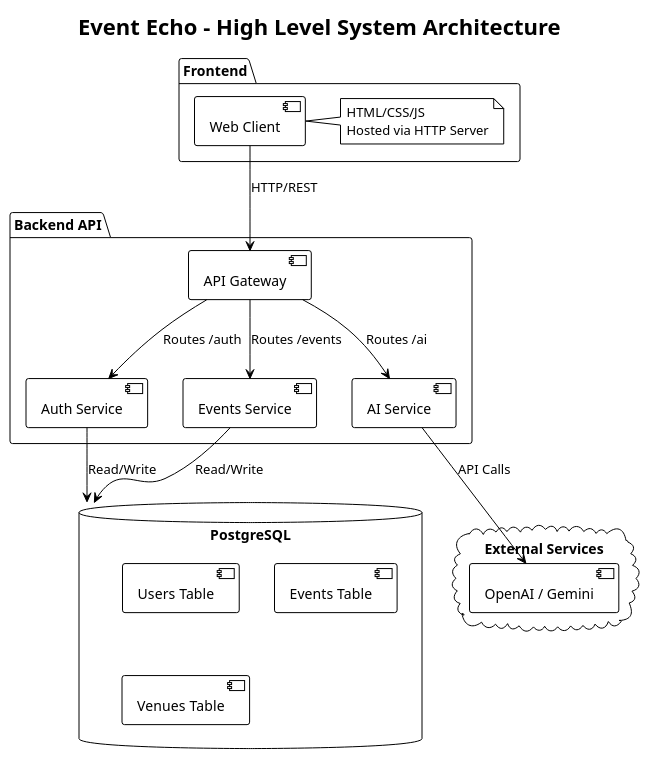
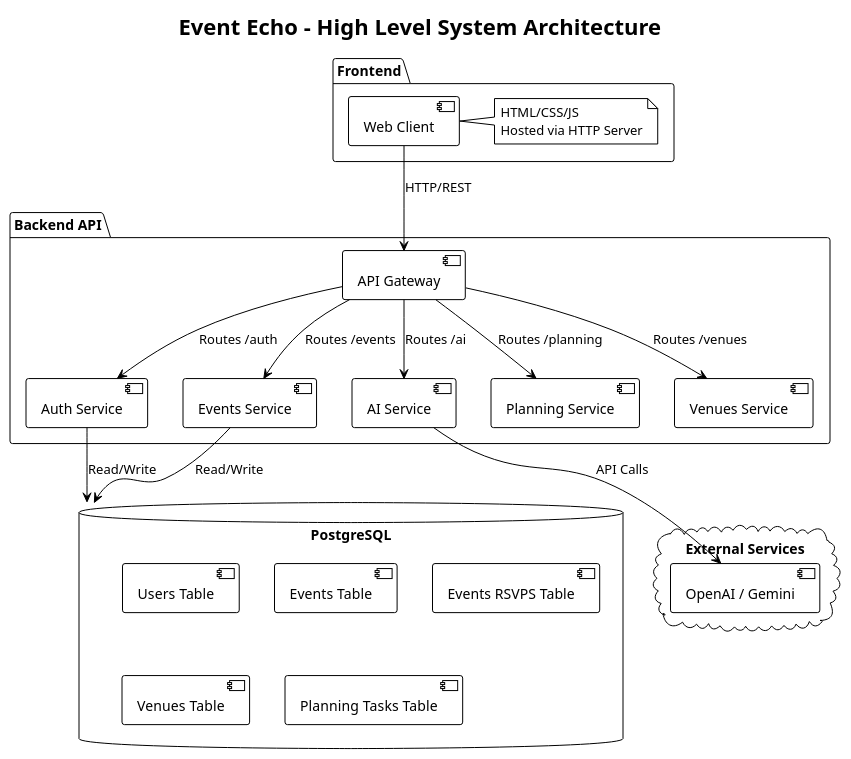
The diagram in docs/diagrams/architecture_system.puml (JoshuaCYin/Event-Echo-Lite), drawn with PlantUML before and after one commit. The commit also changed 4 other files, not shown here.

Commit message:
Add more diagrams.

```diff
--- a/docs/diagrams/architecture_system.puml
+++ b/docs/diagrams/architecture_system.puml
@@ -1,39 +1,45 @@
 @startuml
 !theme plain
 title Event Echo - High Level System Architecture
 
 package "Frontend" {
   [Web Client] as Client
   note right of Client
     HTML/CSS/JS
     Hosted via HTTP Server
   end note
 }
 
 package "Backend API" {
   [API Gateway] as API
   [Auth Service] as Auth
   [Events Service] as Events
   [AI Service] as AI
+  [Planning Service] as Planning
+  [Venues Service] as Venues
   
   API --> Auth : Routes /auth
   API --> Events : Routes /events
   API --> AI : Routes /ai
+  API --> Planning : Routes /planning
+  API --> Venues : Routes /venues
 }
 
 database "PostgreSQL" as DB {
   [Users Table]
   [Events Table]
+  [Events RSVPS Table]
   [Venues Table]
+  [Planning Tasks Table]
 }
 
 cloud "External Services" {
   [OpenAI / Gemini] as AIProvider
 }
 
 Client --> API : HTTP/REST
 Auth --> DB : Read/Write
 Events --> DB : Read/Write
 AI --> AIProvider : API Calls
 
 @enduml
```
